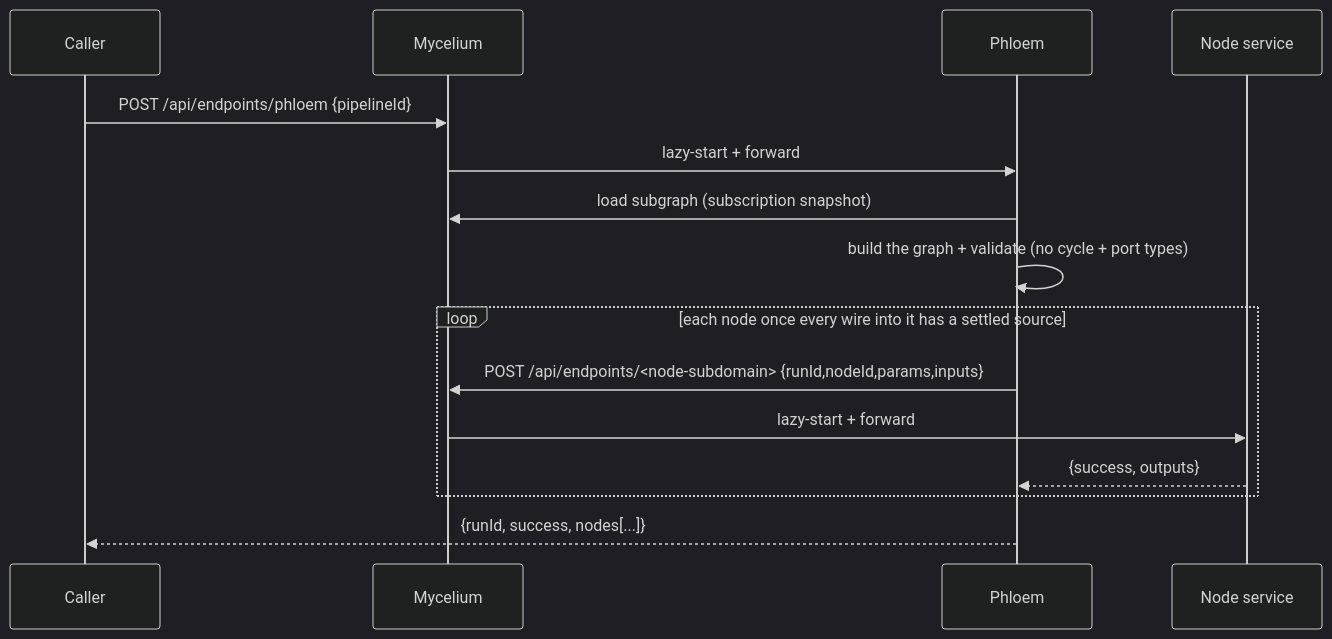
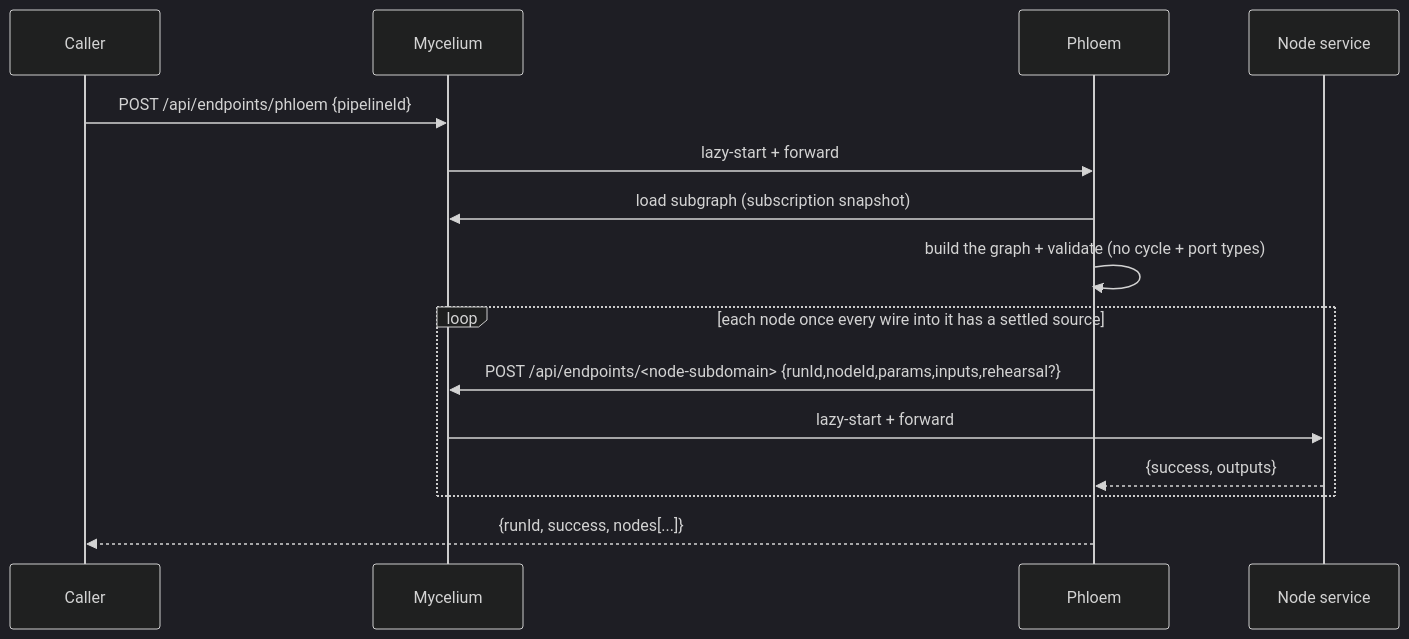
The third of 3 diagrams in docs/SERVICES.md (ReGen-Villages/VillageOS-API), drawn with Mermaid (dark theme) before and after one commit. The commit also changed other lines of this file and 1 other file, not shown here.

````diff
--- a/docs/SERVICES.md
+++ b/docs/SERVICES.md
@@ -1307,17 +1328,17 @@
 ```mermaid
 sequenceDiagram
   participant Caller
   participant Mycelium
   participant Phloem
   participant Node as Node service
   Caller->>Mycelium: POST /api/endpoints/phloem {pipelineId}
   Mycelium->>Phloem: lazy-start + forward
   Phloem->>Mycelium: load subgraph (subscription snapshot)
   Phloem->>Phloem: build the graph + validate (no cycle + port types)
   loop each node once every wire into it has a settled source
-    Phloem->>Mycelium: POST /api/endpoints/<node-subdomain> {runId,nodeId,params,inputs}
+    Phloem->>Mycelium: POST /api/endpoints/<node-subdomain> {runId,nodeId,params,inputs,rehearsal?}
     Mycelium->>Node: lazy-start + forward
     Node-->>Phloem: {success, outputs}
   end
   Phloem-->>Caller: {runId, success, nodes[...]}
 ```
````
